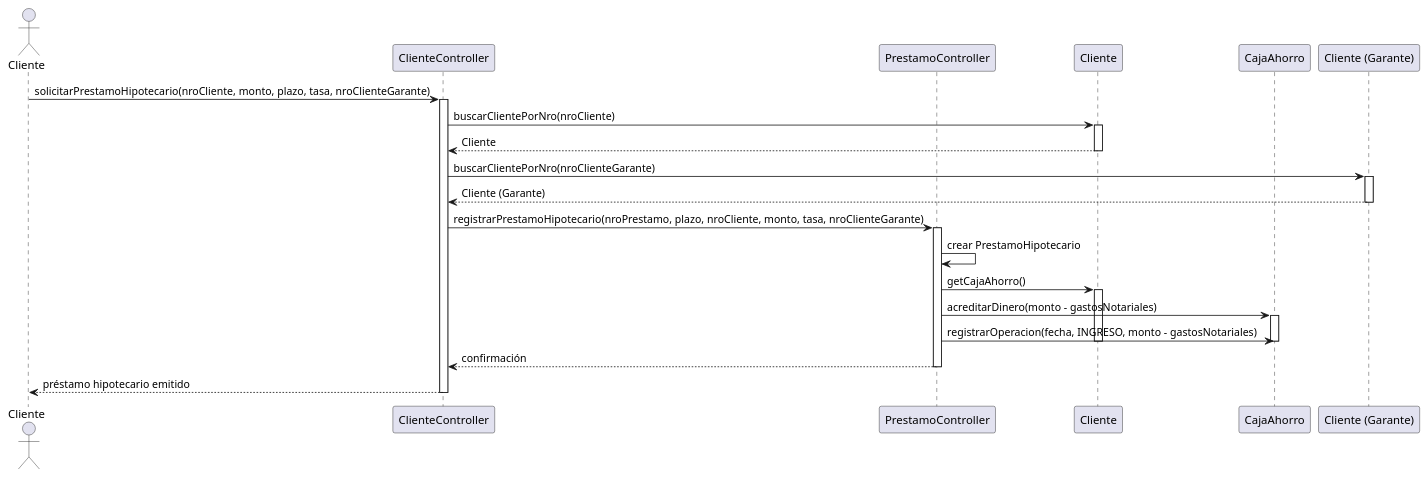
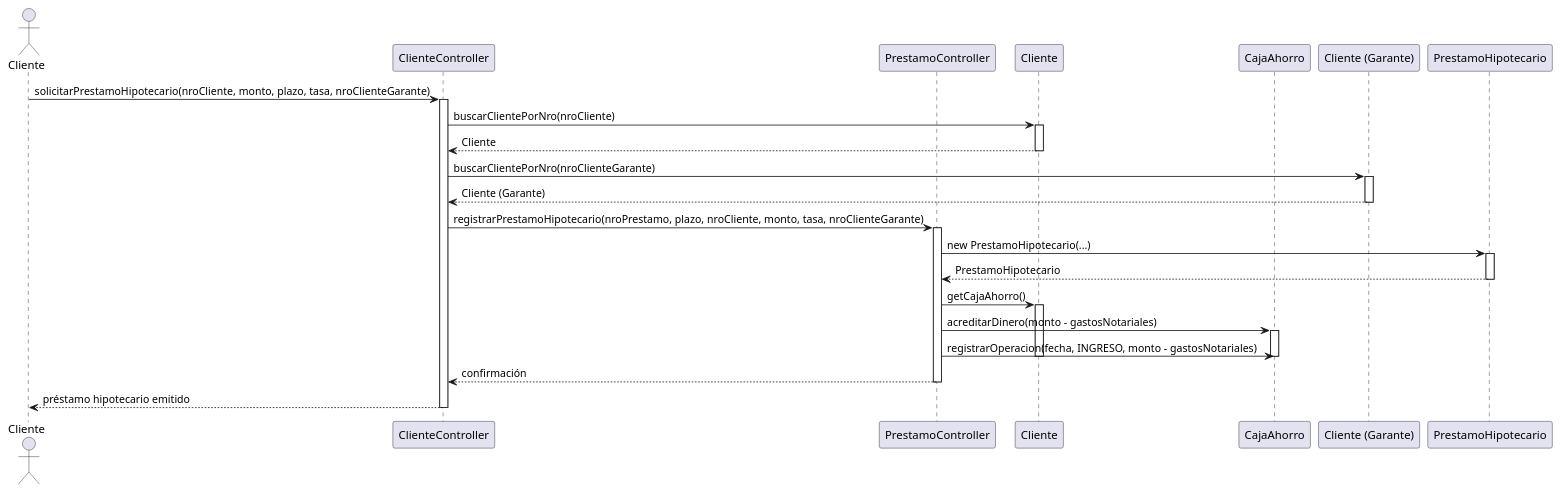
The diagram in src/main/java/org/uade/diagrams/EmitirPrestamoHipotecario.puml (CoachEmilio/FinalAdelantadoPOO), drawn with PlantUML before and after one commit. The commit also changed 2 other files, not shown here.

Commit message:
Update Sequence Diagrams & new implementations with professor's feedback

```diff
--- a/src/main/java/org/uade/diagrams/EmitirPrestamoHipotecario.puml
+++ b/src/main/java/org/uade/diagrams/EmitirPrestamoHipotecario.puml
@@ -1,51 +1,55 @@
 @startuml
 actor Cliente
 participant "ClienteController" as CC
 participant "PrestamoController" as PC
 participant "Cliente" as C
 participant "CajaAhorro" as CA
 participant "Cliente (Garante)" as CG
+participant "PrestamoHipotecario" as PH
 
 ' El cliente solicita emitir un préstamo hipotecario
 Cliente -> CC: solicitarPrestamoHipotecario(nroCliente, monto, plazo, tasa, nroClienteGarante)
 activate CC
 
 ' El controller busca el cliente solicitante
 CC -> C: buscarClientePorNro(nroCliente)
 activate C
 CC <-- C: Cliente
 deactivate C
 
 ' El controller busca el cliente garante
 CC -> CG: buscarClientePorNro(nroClienteGarante)
 activate CG
 CC <-- CG: Cliente (Garante)
 deactivate CG
 
 ' El controller delega la creación del préstamo hipotecario
 CC -> PC: registrarPrestamoHipotecario(nroPrestamo, plazo, nroCliente, monto, tasa, nroClienteGarante)
 activate PC
 
-' Se crea el objeto PrestamoHipotecario
-PC -> PC: crear PrestamoHipotecario
+' Se crea la instancia concreta de PrestamoHipotecario
+PC -> PH: new PrestamoHipotecario(...)
+activate PH
+PC <-- PH: PrestamoHipotecario
+deactivate PH
 
 ' Se acredita el dinero en la caja de ahorro del cliente (menos 1% de gastos notariales)
 PC -> C: getCajaAhorro()
 activate C
 PC -> CA: acreditarDinero(monto - gastosNotariales)
 activate CA
 
 ' Se registra la operación de ingreso en la caja de ahorro
 PC -> CA: registrarOperacion(fecha, INGRESO, monto - gastosNotariales)
 deactivate CA
 deactivate C
 
 ' Se confirma la operación al controller
 PC --> CC: confirmación
 deactivate PC
 
 ' El controller informa al cliente que el préstamo fue emitido
 CC --> Cliente: préstamo hipotecario emitido
 deactivate CC
 
 @enduml
```
